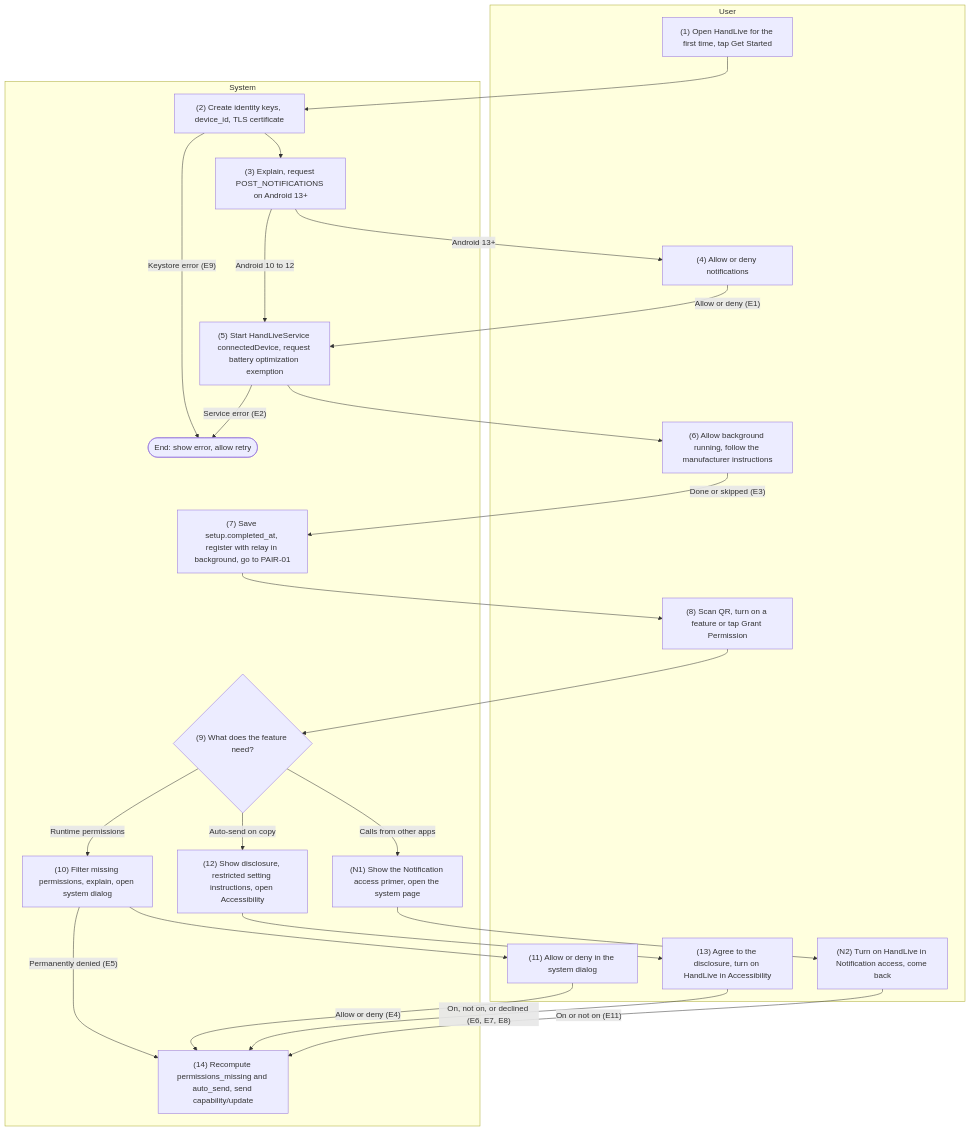
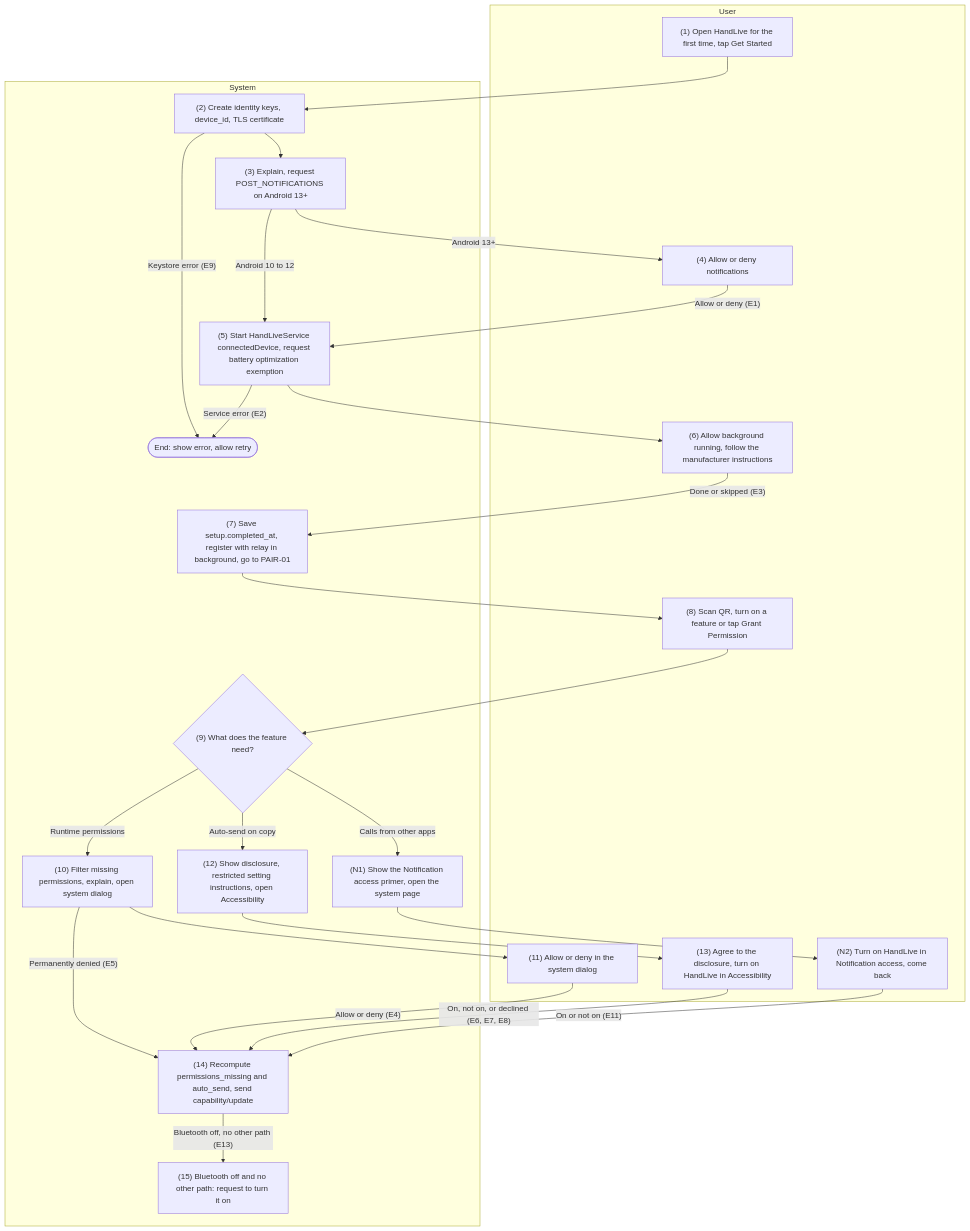
Before and after one commit to HandLive/handlive: the first of 3 diagrams in docs/detailed-design/01-setup-settings.md, drawn with Mermaid. The commit also changed other lines of this file and 32 other files, not shown here.

````diff
--- a/docs/detailed-design/01-setup-settings.md
+++ b/docs/detailed-design/01-setup-settings.md
@@ -57,41 +59,43 @@
 ```mermaid
 flowchart TB
   subgraph ND["User"]
     U1["(1) Open HandLive for the first time, tap Get Started"]
     U4["(4) Allow or deny notifications"]
     U6["(6) Allow background running, follow the manufacturer instructions"]
     U8["(8) Scan QR, turn on a feature or tap Grant Permission"]
     U11["(11) Allow or deny in the system dialog"]
     U13["(13) Agree to the disclosure, turn on HandLive in Accessibility"]
     UN2["(N2) Turn on HandLive in Notification access, come back"]
   end
   subgraph HT["System"]
     S2["(2) Create identity keys, device_id, TLS certificate"]
     S3["(3) Explain, request POST_NOTIFICATIONS on Android 13+"]
     S5["(5) Start HandLiveService connectedDevice, request battery optimization exemption"]
     S7["(7) Save setup.completed_at, register with relay in background, go to PAIR-01"]
     D9{"(9) What does the feature need?"}
     S10["(10) Filter missing permissions, explain, open system dialog"]
     S12["(12) Show disclosure, restricted setting instructions, open Accessibility"]
     S14["(14) Recompute permissions_missing and auto_send, send capability/update"]
     SN1["(N1) Show the Notification access primer, open the system page"]
+    S15["(15) Bluetooth off and no other path: request to turn it on"]
     X1(["End: show error, allow retry"])
   end
   U1 --> S2
   S2 -- "Keystore error (E9)" --> X1
   S2 --> S3
   S3 -- "Android 13+" --> U4
   S3 -- "Android 10 to 12" --> S5
   U4 -- "Allow or deny (E1)" --> S5
   S5 -- "Service error (E2)" --> X1
   S5 --> U6
   U6 -- "Done or skipped (E3)" --> S7
   S7 --> U8 --> D9
   D9 -- "Runtime permissions" --> S10 --> U11
   S10 -- "Permanently denied (E5)" --> S14
   U11 -- "Allow or deny (E4)" --> S14
   D9 -- "Auto-send on copy" --> S12 --> U13
   U13 -- "On, not on, or declined (E6, E7, E8)" --> S14
   D9 -- "Calls from other apps" --> SN1 --> UN2
   UN2 -- "On or not on (E11)" --> S14
+  S14 -- "Bluetooth off, no other path (E13)" --> S15
 ```
````
